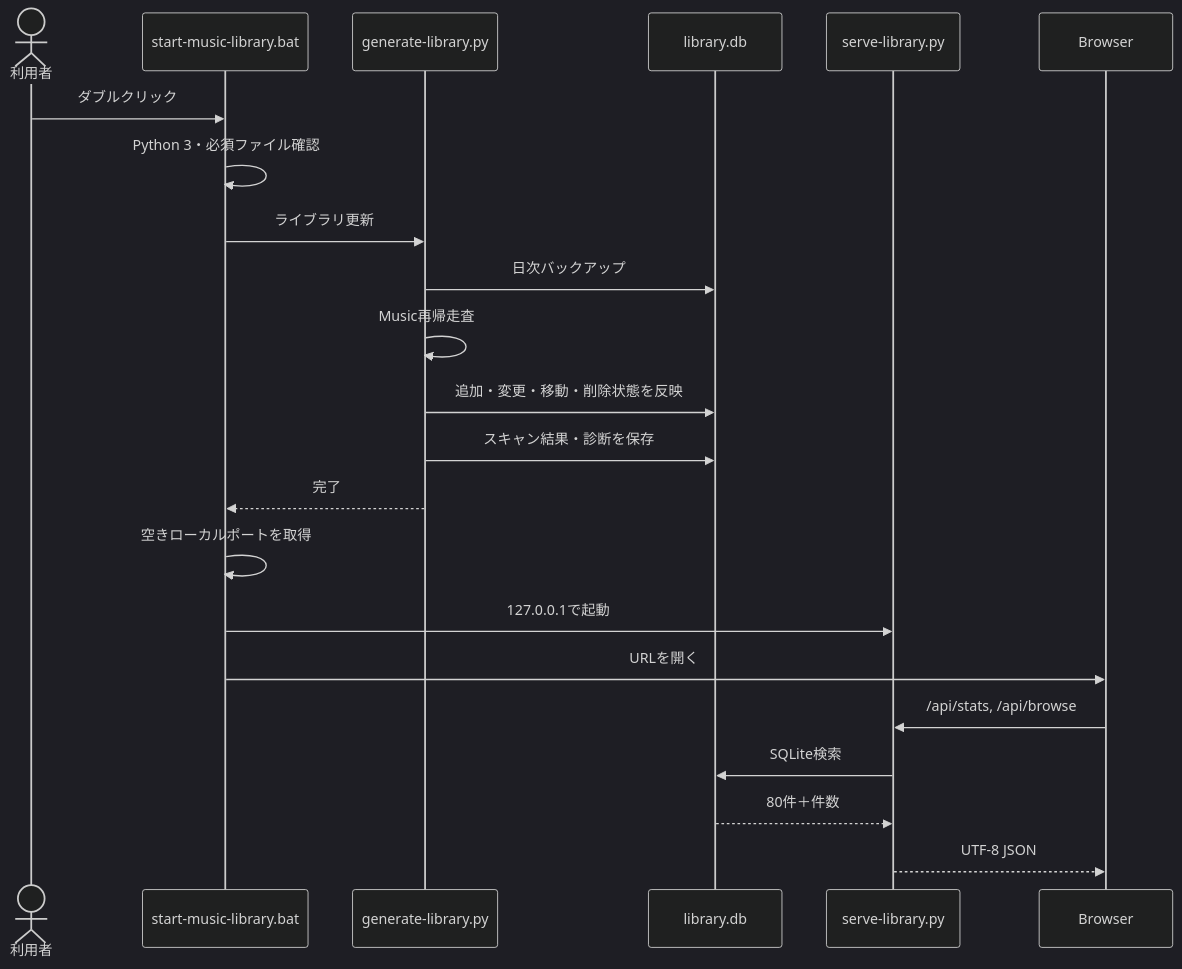
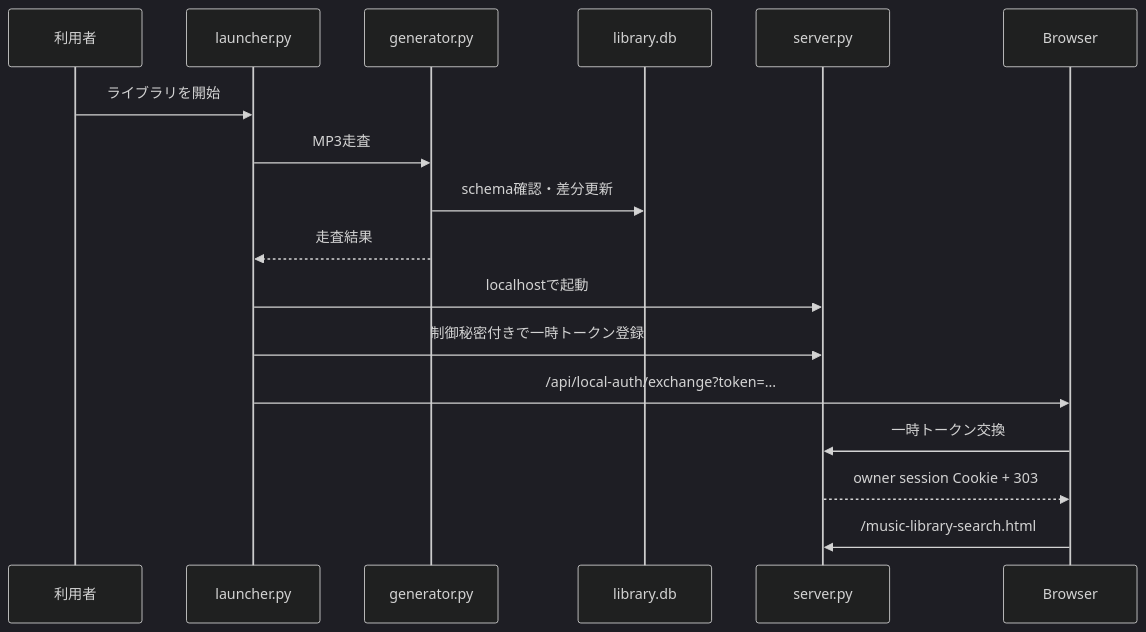
One commit to k-systems202208/mp3-source-music-library changed the first of 2 diagrams in docs/01-architecture.md. Above: the diagram before and after it, drawn with Mermaid (dark theme). The commit also changed other lines of this file and 33 other files, not shown here.

````diff
--- a/docs/01-architecture.md
+++ b/docs/01-architecture.md
@@ -141,25 +43,20 @@
 ```mermaid
 sequenceDiagram
-    actor User as 利用者
-    participant BAT as start-music-library.bat
-    participant GEN as generate-library.py
-    participant DB as library.db
-    participant SRV as serve-library.py
-    participant UI as Browser
+    participant U as 利用者
+    participant L as launcher.py
+    participant G as generator.py
+    participant D as library.db
+    participant S as server.py
+    participant B as Browser
 
-    User->>BAT: ダブルクリック
-    BAT->>BAT: Python 3・必須ファイル確認
-    BAT->>GEN: ライブラリ更新
-    GEN->>DB: 日次バックアップ
-    GEN->>GEN: Music再帰走査
-    GEN->>DB: 追加・変更・移動・削除状態を反映
-    GEN->>DB: スキャン結果・診断を保存
-    GEN-->>BAT: 完了
-    BAT->>BAT: 空きローカルポートを取得
-    BAT->>SRV: 127.0.0.1で起動
-    BAT->>UI: URLを開く
-    UI->>SRV: /api/stats, /api/browse
-    SRV->>DB: SQLite検索
-    DB-->>SRV: 80件＋件数
-    SRV-->>UI: UTF-8 JSON
+    U->>L: ライブラリを開始
+    L->>G: MP3走査
+    G->>D: schema確認・差分更新
+    G-->>L: 走査結果
+    L->>S: localhostで起動
+    L->>S: 制御秘密付きで一時トークン登録
+    L->>B: /api/local-auth/exchange?token=...
+    B->>S: 一時トークン交換
+    S-->>B: owner session Cookie + 303
+    B->>S: /music-library-search.html
 ```
````
